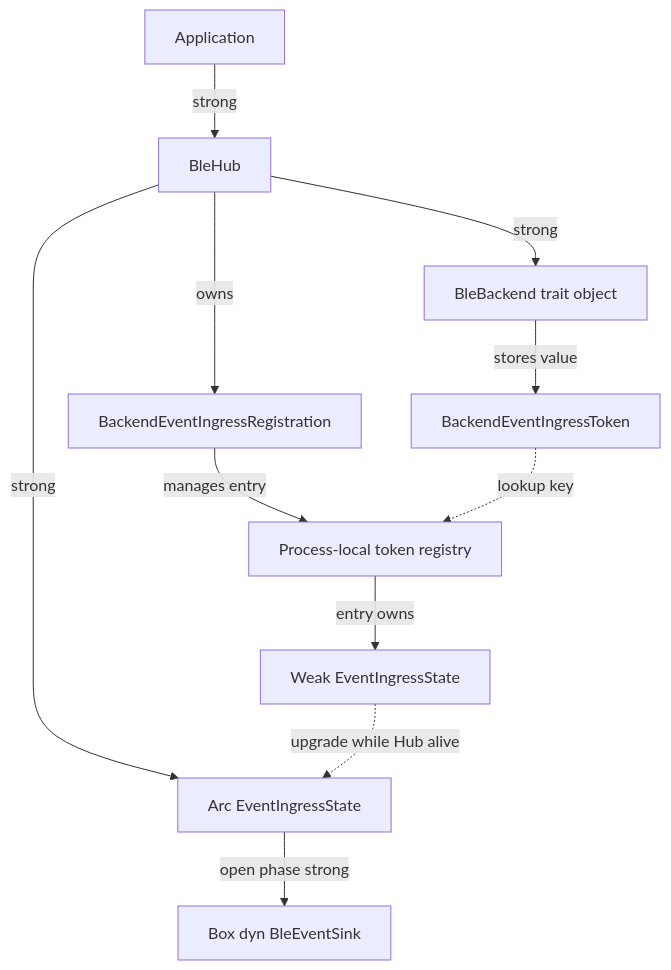
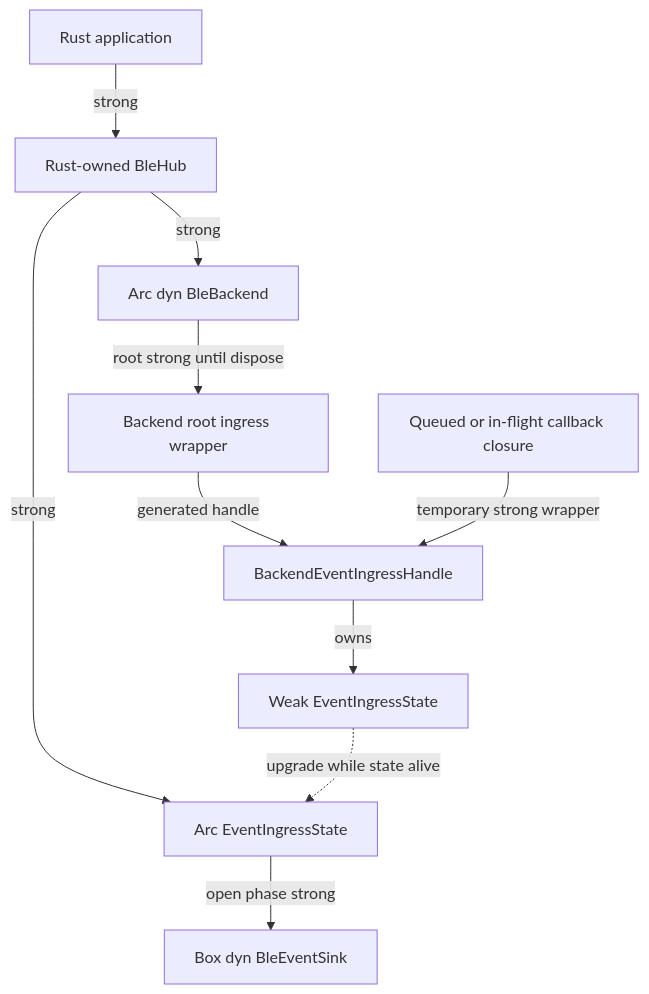
Before and after one commit to VIDLG/blengine: the diagram in docs/research/ffi-lifecycle-concurrency.md, drawn with Mermaid. The commit also changed other lines of this file and 73 other files, not shown here.

````diff
--- a/docs/research/ffi-lifecycle-concurrency.md
+++ b/docs/research/ffi-lifecycle-concurrency.md
@@ -183,23 +196,22 @@
 ```mermaid
 flowchart TB
-    App[Application]
-    Hub[BleHub]
-    Backend[BleBackend trait object]
+    App[Rust application]
+    Hub[Rust-owned BleHub]
+    Backend[Arc dyn BleBackend]
     State[Arc EventIngressState]
     Sink[Box dyn BleEventSink]
-    Registration[BackendEventIngressRegistration]
-    Registry[Process-local token registry]
-    Token[BackendEventIngressToken]
+    Root[Backend root ingress wrapper]
+    Handle[BackendEventIngressHandle]
     WeakState[Weak EventIngressState]
+    Closure[Queued or in-flight callback closure]
 
     App -->|strong| Hub
     Hub -->|strong| Backend
     Hub -->|strong| State
     State -->|open phase strong| Sink
-    Hub -->|owns| Registration
-    Registration -->|manages entry| Registry
-    Registry -->|entry owns| WeakState
-    Backend -->|stores value| Token
-    Token -.->|lookup key| Registry
-    WeakState -.->|upgrade while Hub alive| State
+    Backend -->|root strong until dispose| Root
+    Root -->|generated handle| Handle
+    Handle -->|owns| WeakState
+    WeakState -.->|upgrade while state alive| State
+    Closure -->|temporary strong wrapper| Handle
 ```
````
